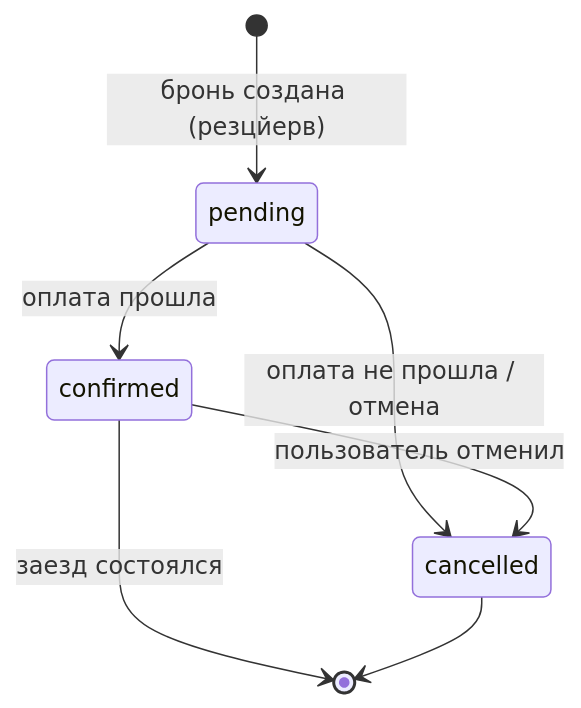
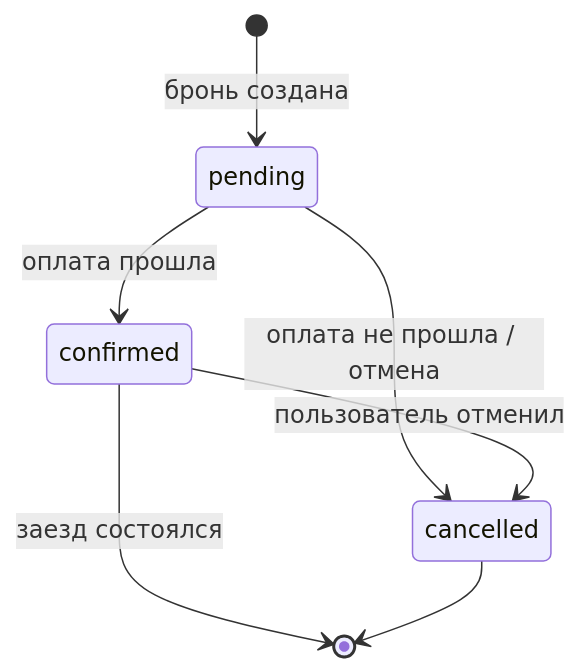
Before and after one commit to AssemayImankul/qa-middle-assignment: the diagram in diagrams/state-transitions.md, drawn with Mermaid.

````diff
--- a/diagrams/state-transitions.md
+++ b/diagrams/state-transitions.md
@@ -5,9 +5,9 @@
 ```mermaid
 stateDiagram-v2
-    [*] --> pending: бронь создана (резцйерв)
+    [*] --> pending: бронь создана 
     pending --> confirmed: оплата прошла
     pending --> cancelled: оплата не прошла / отмена
     confirmed --> cancelled: пользователь отменил
     confirmed --> [*]: заезд состоялся
     cancelled --> [*]
 ```
````
